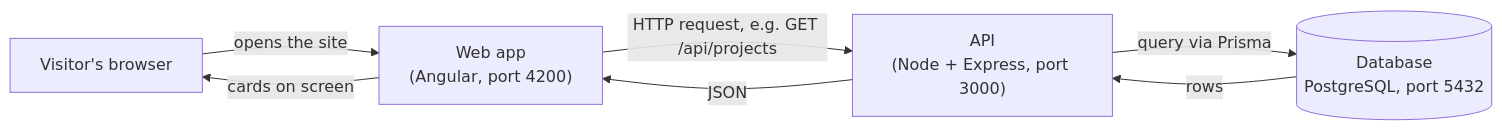
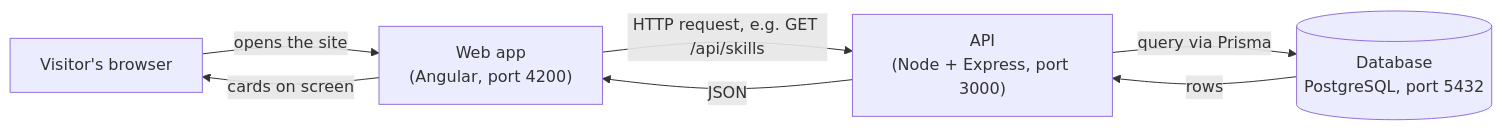
One commit to mdevaangini/portfolio changed the diagram in docs/README.md. Above: the diagram before and after it, drawn with Mermaid. The commit also changed other lines of this file and 32 other files, not shown here.

````diff
--- a/docs/README.md
+++ b/docs/README.md
@@ -12,9 +12,9 @@
 ```mermaid
 flowchart LR
     U["Visitor's browser"] -->|"opens the site"| W["Web app<br/>(Angular, port 4200)"]
-    W -->|"HTTP request, e.g. GET /api/projects"| A["API<br/>(Node + Express, port 3000)"]
+    W -->|"HTTP request, e.g. GET /api/skills"| A["API<br/>(Node + Express, port 3000)"]
     A -->|"query via Prisma"| DB[("Database<br/>PostgreSQL, port 5432")]
     DB -->|"rows"| A
     A -->|"JSON"| W
     W -->|"cards on screen"| U
 ```
````
